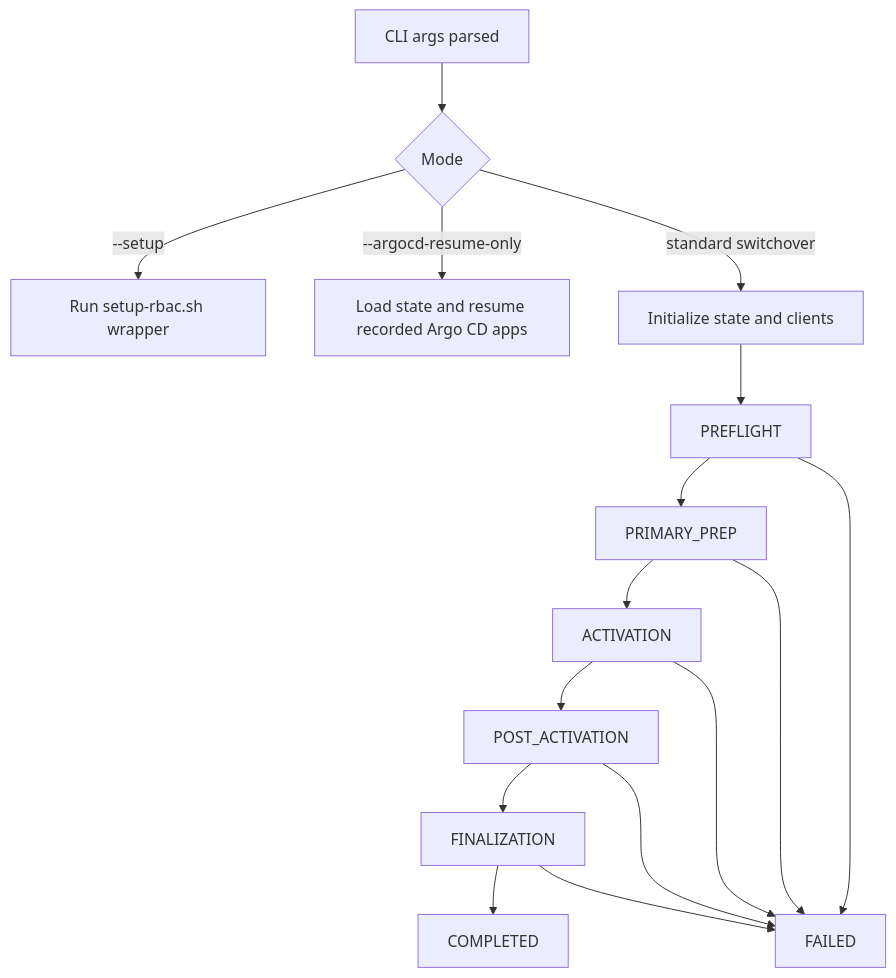
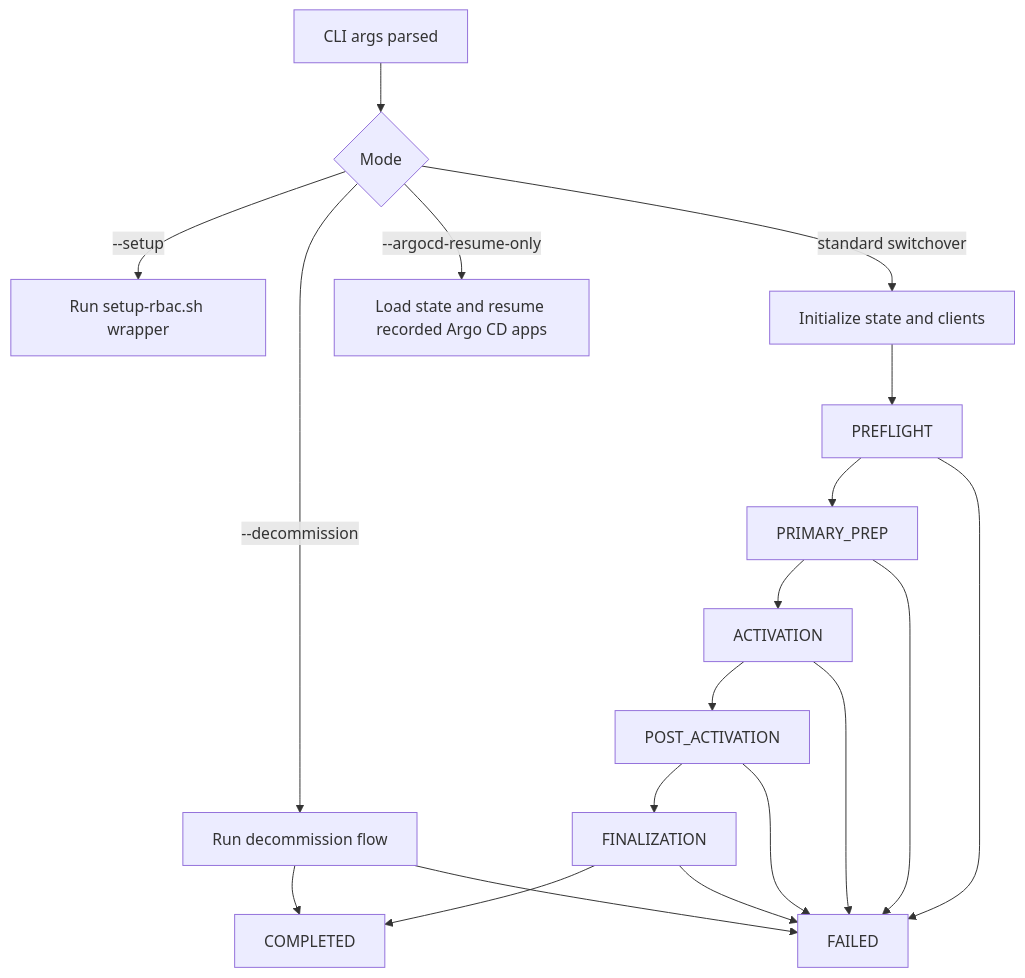
One commit to tomazb/rh-acm-switchover changed the first of 2 diagrams in docs/development/architecture.md. Above: the diagram before and after it, drawn with Mermaid. The commit also changed other lines of this file and 6 other files, not shown here.

````diff
--- a/docs/development/architecture.md
+++ b/docs/development/architecture.md
@@ -72,18 +74,21 @@
 ```mermaid
 flowchart TD
     A[CLI args parsed] --> B{Mode}
     B -->|--setup| C[Run setup-rbac.sh wrapper]
-    B -->|--argocd-resume-only| D[Load state and resume recorded Argo CD apps]
-    B -->|standard switchover| E[Initialize state and clients]
-    E --> F[PREFLIGHT]
-    F --> G[PRIMARY_PREP]
-    G --> H[ACTIVATION]
-    H --> I[POST_ACTIVATION]
-    I --> J[FINALIZATION]
-    J --> K[COMPLETED]
-    F --> L[FAILED]
+    B -->|--decommission| D[Run decommission flow]
+    B -->|--argocd-resume-only| E[Load state and resume recorded Argo CD apps]
+    B -->|standard switchover| F[Initialize state and clients]
+    D --> K[COMPLETED]
+    D --> L[FAILED]
+    F --> G[PREFLIGHT]
+    G --> H[PRIMARY_PREP]
+    H --> I[ACTIVATION]
+    I --> J[POST_ACTIVATION]
+    J --> M[FINALIZATION]
+    M --> K[COMPLETED]
     G --> L
     H --> L
     I --> L
     J --> L
+    M --> L
 ```
````
